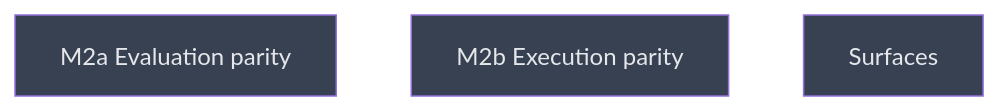
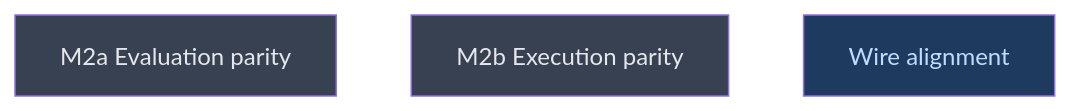
The diagram in __roadmap__/candler-v1/contracts/parity/README.md (CrackingShells/Candler), drawn with Mermaid before and after one commit. The commit also changed other lines of this file and 10 other files, not shown here.

First line of the commit message:
rdm(experiment): insert m2c wire alignment before the surfaces

````diff
--- a/__roadmap__/candler-v1/contracts/parity/README.md
+++ b/__roadmap__/candler-v1/contracts/parity/README.md
@@ -16,11 +17,11 @@
 ```mermaid
 graph TD
     m2a_evaluation_parity[M2a Evaluation parity]:::planned
     m2b_execution_parity[M2b Execution parity]:::planned
-    surfaces[Surfaces]:::planned
+    alignment[Wire alignment]:::amendment
     classDef done       fill:#166534,color:#bbf7d0
     classDef inprogress fill:#854d0e,color:#fef08a
     classDef planned    fill:#374151,color:#e5e7eb
     classDef amendment  fill:#1e3a5f,color:#bfdbfe
     classDef blocked    fill:#7f1d1d,color:#fecaca
 ```
````
